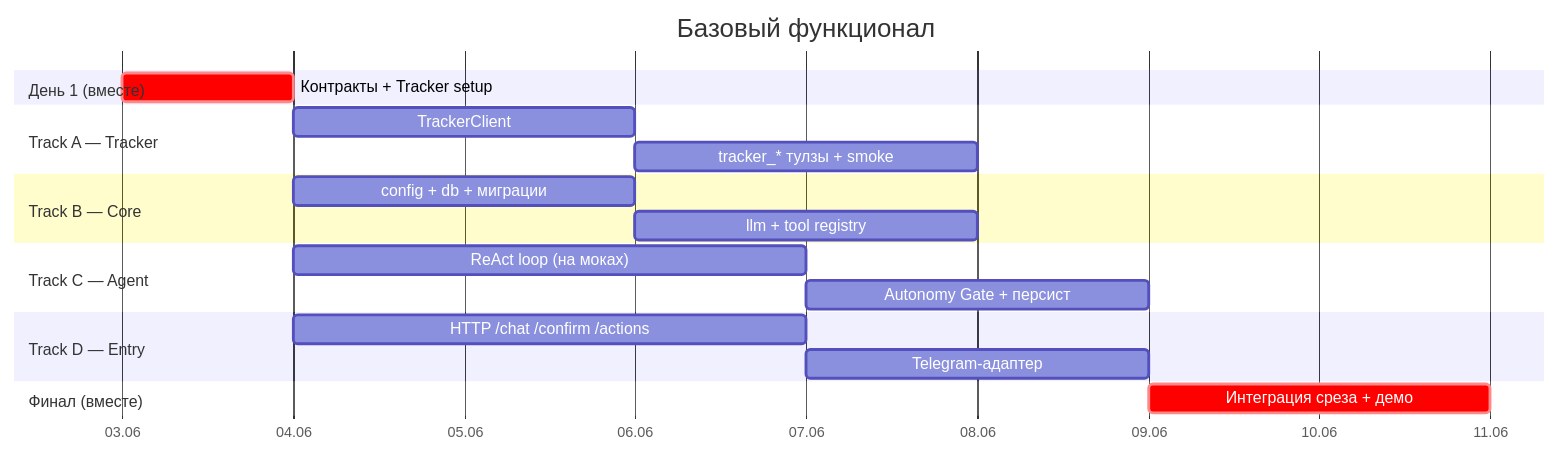
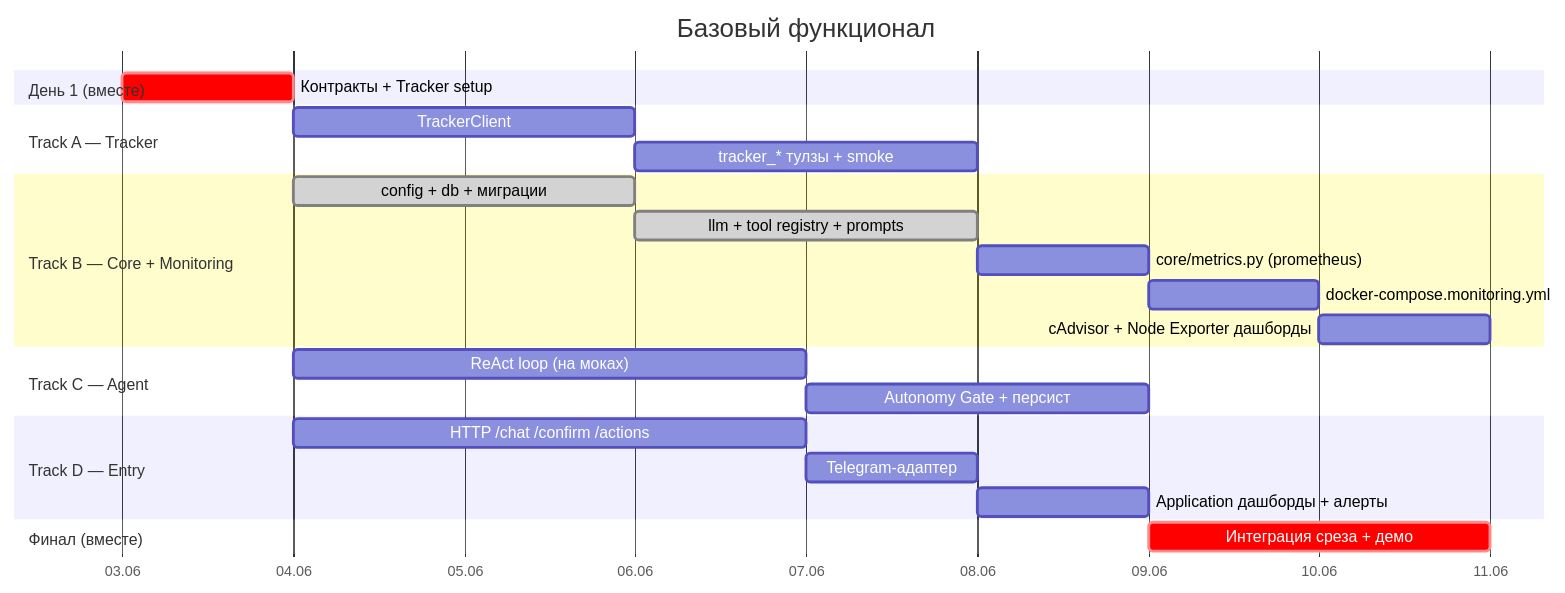
Before and after one commit to Kasuich/telegram_scrum_master: the second of 2 diagrams in docs/dev_plan.md, drawn with Mermaid. The commit also changed other lines of this file and 15 other files, not shown here.

First line of the commit message:
feat: add Prometheus/Grafana monitoring stack (Track B)

````diff
--- a/docs/dev_plan.md
+++ b/docs/dev_plan.md
@@ -210,28 +254,32 @@
 ```mermaid
 gantt
     title Базовый функционал
     dateFormat YYYY-MM-DD
     axisFormat %d.%m
 
     section День 1 (вместе)
     Контракты + Tracker setup        :crit, d0, 2026-06-03, 1d
 
     section Track A — Tracker
     TrackerClient                    :a1, after d0, 2d
     tracker_* тулзы + smoke          :a2, after a1, 2d
 
-    section Track B — Core
-    config + db + миграции           :b1, after d0, 2d
-    llm + tool registry              :b2, after b1, 2d
+    section Track B — Core + Monitoring
+    config + db + миграции           :done, b1, after d0, 2d
+    llm + tool registry + prompts    :done, b2, after b1, 2d
+    core/metrics.py (prometheus)     :b3, after b2, 1d
+    docker-compose.monitoring.yml    :b4, after b3, 1d
+    cAdvisor + Node Exporter дашборды :b5, after b4, 1d
 
     section Track C — Agent
     ReAct loop (на моках)            :c1, after d0, 3d
     Autonomy Gate + персист          :c2, after c1, 2d
 
     section Track D — Entry
     HTTP /chat /confirm /actions     :dd1, after d0, 3d
-    Telegram-адаптер                 :dd2, after dd1, 2d
+    Telegram-адаптер                 :dd2, after dd1, 1d
+    Application дашборды + алерты    :dd3, after dd2, 1d
 
     section Финал (вместе)
     Интеграция среза + демо          :crit, fin, after a2 b2 c2 dd2, 2d
 ```
````
